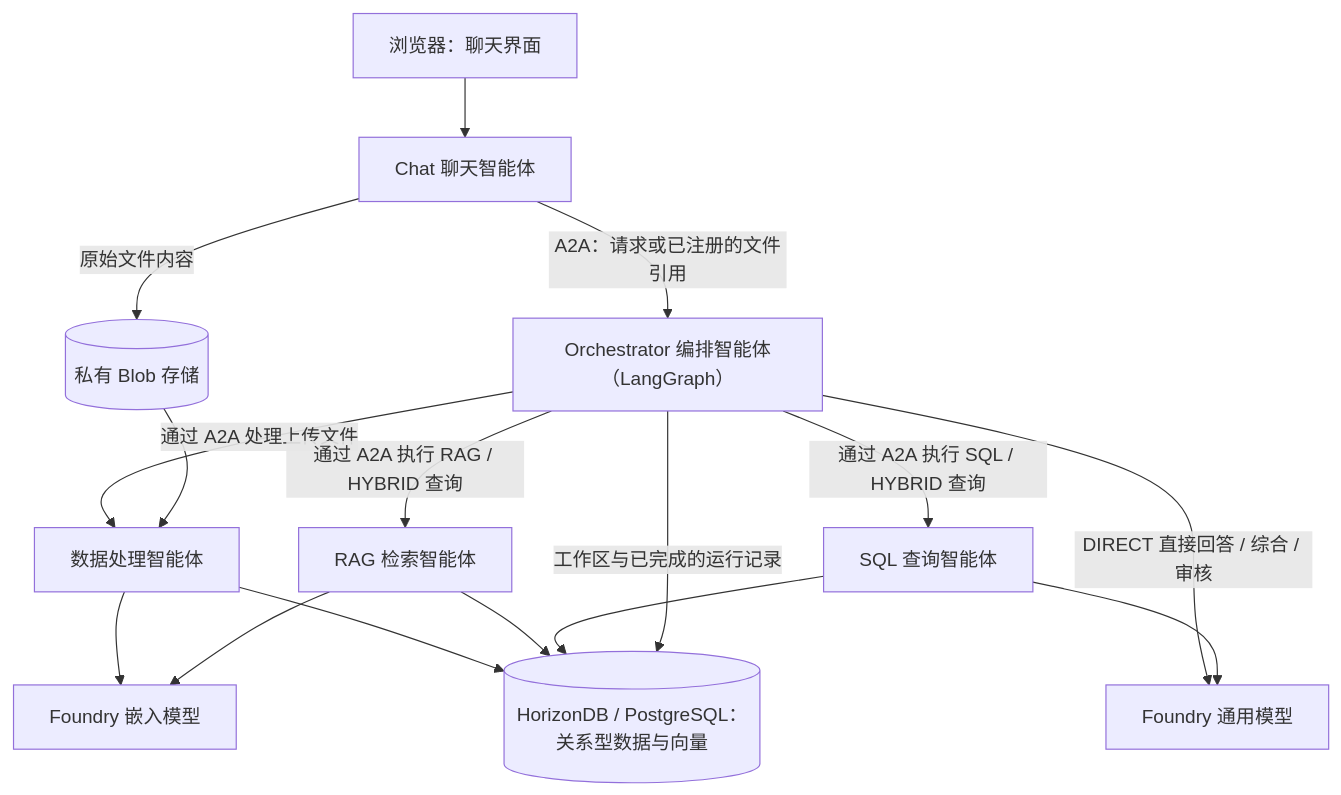
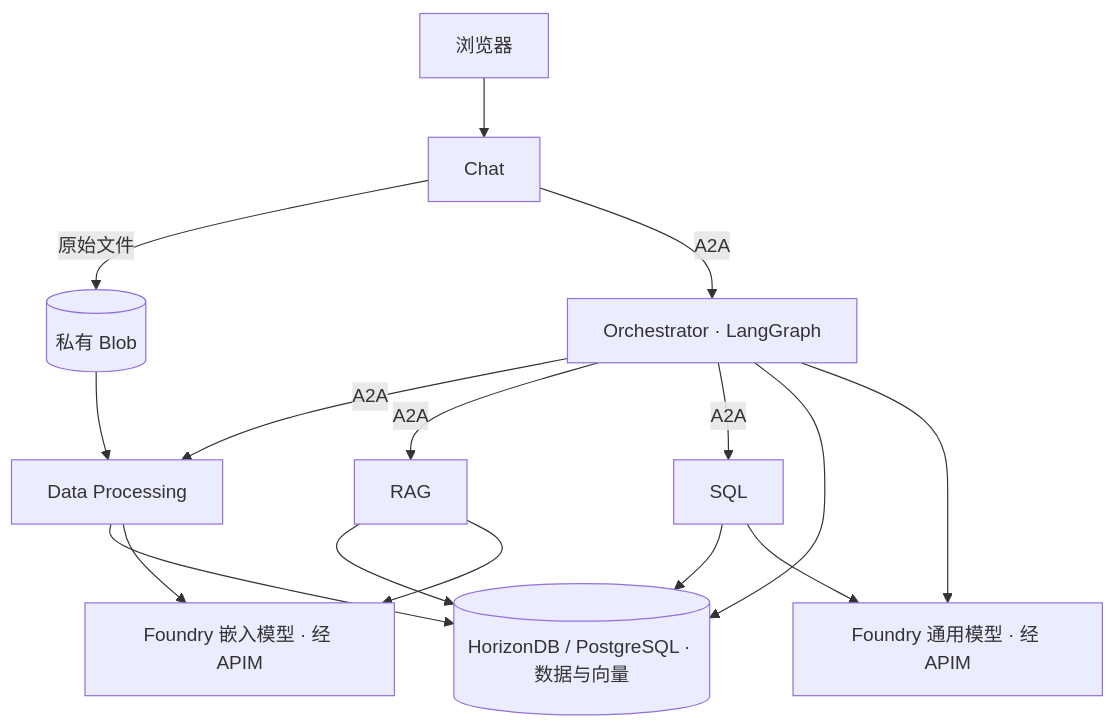
One commit to oxcp/ainotes changed the diagram in agenthost/module-06/readme_CN.md. Above: the diagram before and after it, drawn with Mermaid. The commit also changed other lines of this file and 14 other files, not shown here.

````diff
--- a/agenthost/module-06/readme_CN.md
+++ b/agenthost/module-06/readme_CN.md
@@ -39,18 +25,18 @@
 ```mermaid
 flowchart TD
-    U["浏览器：聊天界面"] --> C["Chat 聊天智能体"]
-    C -->|原始文件内容| B[("私有 Blob 存储")]
-    C -->|A2A：请求或已注册的文件引用| O["Orchestrator 编排智能体（LangGraph）"]
-    O -->|通过 A2A 处理上传文件| D["数据处理智能体"]
+    U["浏览器"] --> C["Chat"]
+    C -->|原始文件| B[("私有 Blob")]
+    C -->|A2A| O["Orchestrator · LangGraph"]
+    O -->|A2A| D["Data Processing"]
+    O -->|A2A| R["RAG"]
+    O -->|A2A| S["SQL"]
     B --> D
-    D --> E["Foundry 嵌入模型"]
-    D --> H[("HorizonDB / PostgreSQL：关系型数据与向量")]
-    O -->|DIRECT 直接回答 / 综合 / 审核| L["Foundry 通用模型"]
-    O -->|通过 A2A 执行 RAG / HYBRID 查询| R["RAG 检索智能体"]
-    O -->|通过 A2A 执行 SQL / HYBRID 查询| S["SQL 查询智能体"]
+    D --> H[("HorizonDB / PostgreSQL · 数据与向量")]
+    R --> H
+    S --> H
+    O --> H
+    D --> E["Foundry 嵌入模型 · 经 APIM"]
     R --> E
-    R --> H
+    O --> L["Foundry 通用模型 · 经 APIM"]
     S --> L
-    S --> H
-    O -->|工作区与已完成的运行记录| H
 ```
````
